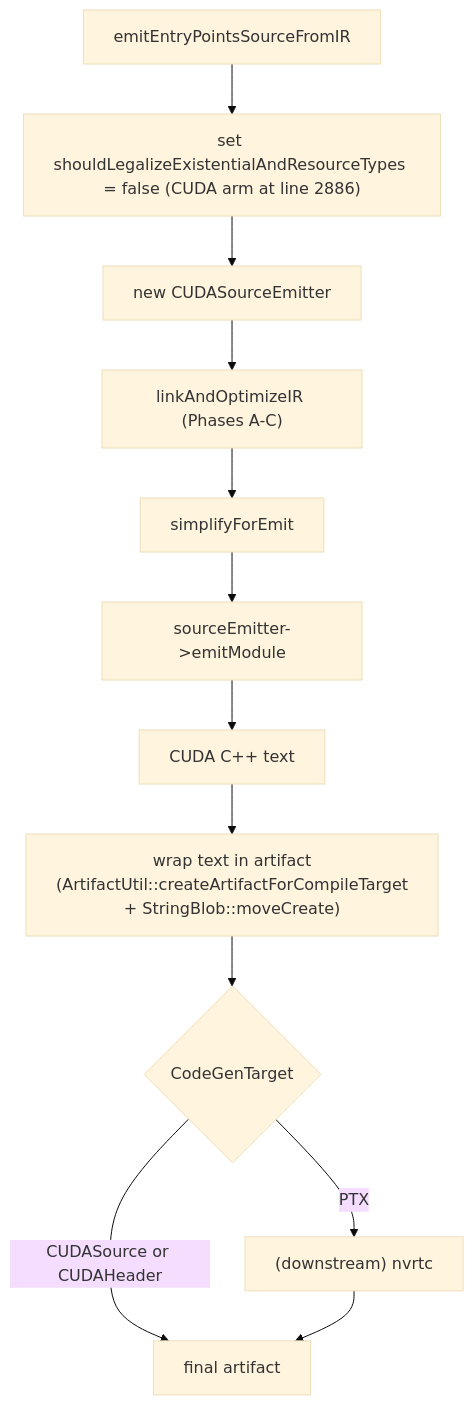
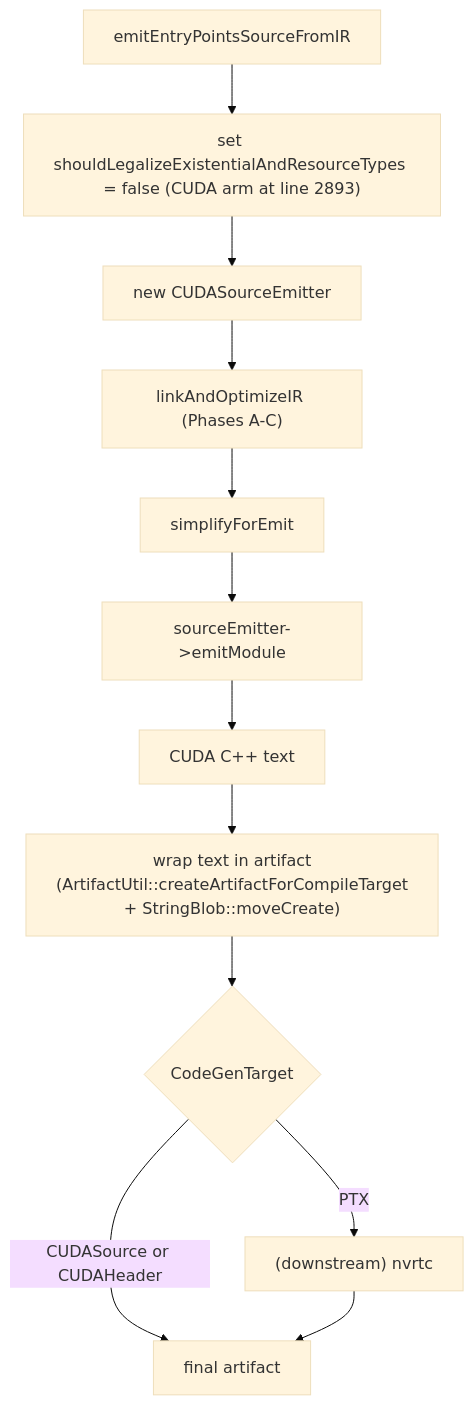
One commit to shader-slang/slang changed the fifth of 5 diagrams in docs/generated/design/target-pipelines/cuda.md. Above: the diagram before and after it, drawn with Mermaid (base theme). The commit also changed other lines of this file and 52 other files, not shown here.

````diff
--- a/docs/generated/design/target-pipelines/cuda.md
+++ b/docs/generated/design/target-pipelines/cuda.md
@@ -644,18 +644,18 @@
 ```mermaid
 flowchart TD
   ent[emitEntryPointsSourceFromIR]
-  setFlag["set shouldLegalizeExistentialAndResourceTypes = false (CUDA arm at line 2886)"]
+  setFlag["set shouldLegalizeExistentialAndResourceTypes = false (CUDA arm at line 2893)"]
   newEmit[new CUDASourceEmitter]
   linkOpt2["linkAndOptimizeIR (Phases A-C)"]
   simpForEmit[simplifyForEmit]
   emitModule[sourceEmitter->emitModule]
   textOut[CUDA C++ text]
   artifact["wrap text in artifact<br/>(ArtifactUtil::createArtifactForCompileTarget<br/>+ StringBlob::moveCreate)"]
   selectTarget{CodeGenTarget}
   nvrtc["(downstream) nvrtc"]
   done[final artifact]
 
   ent --> setFlag --> newEmit --> linkOpt2 --> simpForEmit --> emitModule --> textOut --> artifact --> selectTarget
   selectTarget -->|"CUDASource or CUDAHeader"| done
   selectTarget -->|PTX| nvrtc --> done
 ```
````
